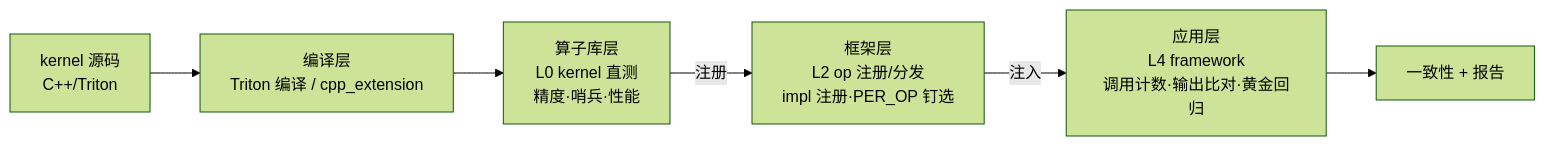
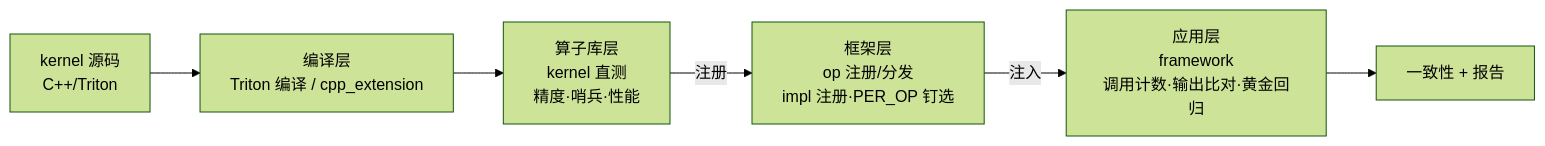
The diagram in docs/fullstack-guide.md (FLAG-OP/FlagOS-OP), drawn with Mermaid (forest theme) before and after one commit. The commit also changed other lines of this file and 7 other files, not shown here.

````diff
--- a/docs/fullstack-guide.md
+++ b/docs/fullstack-guide.md
@@ -13,8 +13,8 @@
 ```mermaid
 flowchart LR
     SRC["kernel 源码<br/>C++/Triton"] --> JIT["编译层<br/>Triton 编译 / cpp_extension"]
-    JIT --> L0["算子库层<br/>L0 kernel 直测<br/>精度·哨兵·性能"]
-    L0 -->|注册| L2["框架层<br/>L2 op 注册/分发<br/>impl 注册·PER_OP 钉选"]
-    L2 -->|注入| L4["应用层<br/>L4 framework<br/>调用计数·输出比对·黄金回归"]
+    JIT --> L0["算子库层<br/>kernel 直测<br/>精度·哨兵·性能"]
+    L0 -->|注册| L2["框架层<br/>op 注册/分发<br/>impl 注册·PER_OP 钉选"]
+    L2 -->|注入| L4["应用层<br/>framework<br/>调用计数·输出比对·黄金回归"]
     L4 --> FIN["一致性 + 报告"]
 ```
````
